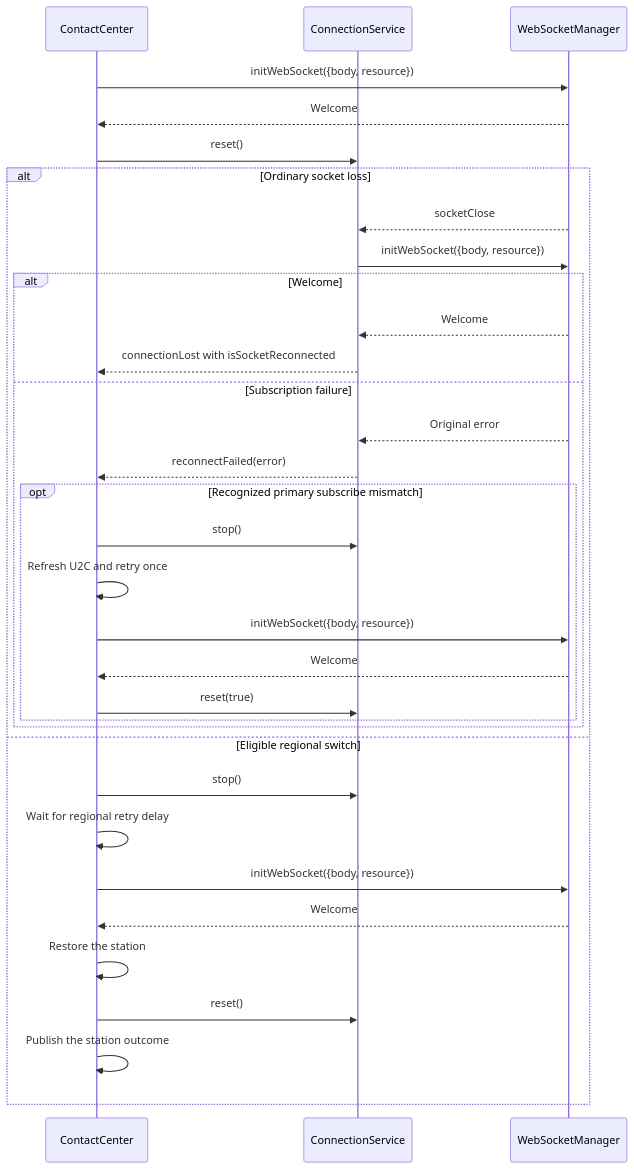
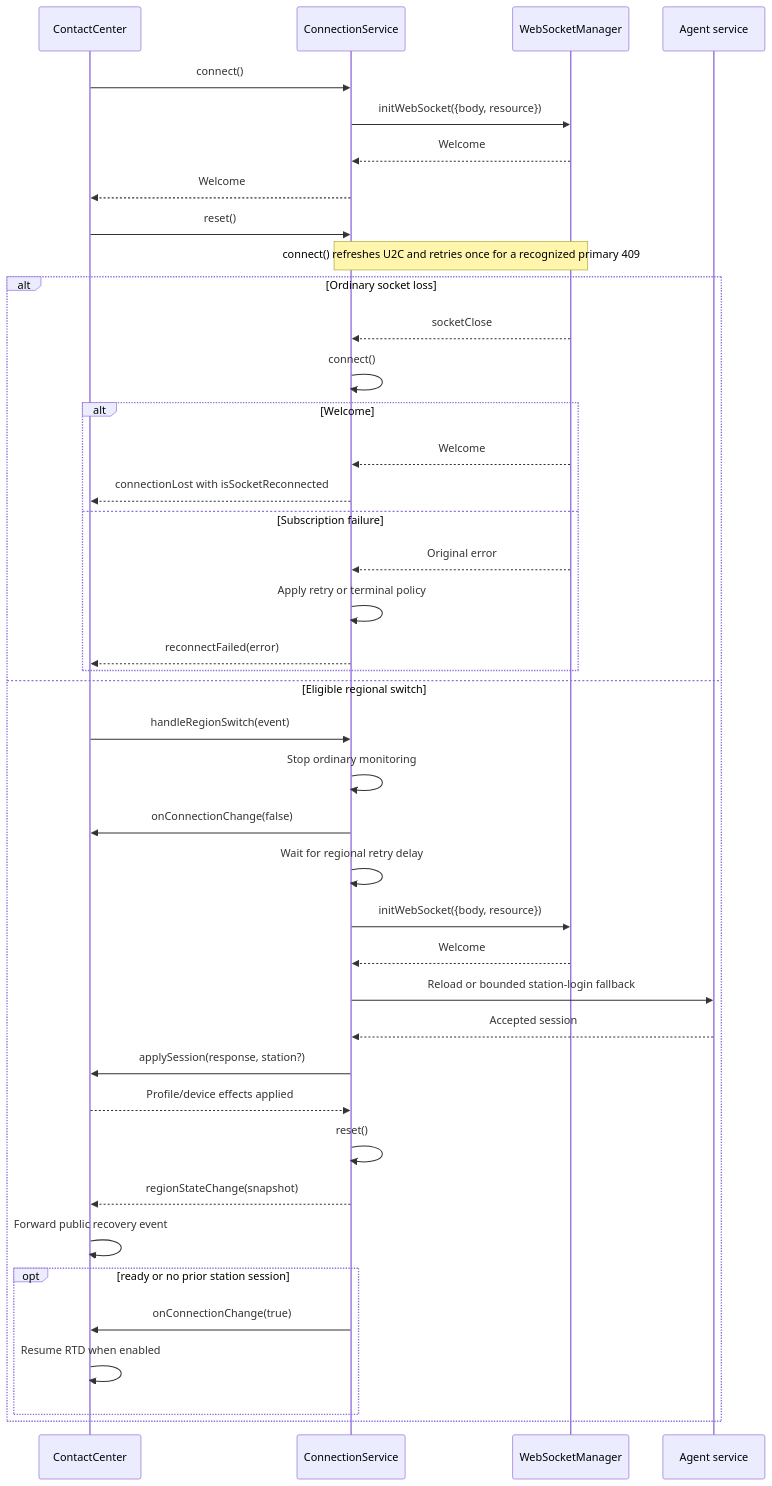
One commit to webex/webex-js-sdk changed the fourth of 7 diagrams in packages/@webex/contact-center/src/services/core/docs/README.md. Above: the diagram before and after it, drawn with Mermaid. The commit also changed other lines of this file and 17 other files, not shown here.

Commit message:
refactor(contact-center): centralize regional recovery in connection service

````diff
--- a/packages/@webex/contact-center/src/services/core/docs/README.md
+++ b/packages/@webex/contact-center/src/services/core/docs/README.md
@@ -423,35 +429,43 @@
 ```mermaid
 sequenceDiagram
   participant CC as ContactCenter
   participant CS as ConnectionService
   participant WS as WebSocketManager
-  CC->>WS: initWebSocket({body, resource})
-  WS-->>CC: Welcome
+  participant Agent as Agent service
+  CC->>CS: connect()
+  CS->>WS: initWebSocket({body, resource})
+  WS-->>CS: Welcome
+  CS-->>CC: Welcome
   CC->>CS: reset()
+  Note over CS,WS: connect() refreshes U2C and retries once for a recognized primary 409
   alt Ordinary socket loss
     WS-->>CS: socketClose
-    CS->>WS: initWebSocket({body, resource})
+    CS->>CS: connect()
     alt Welcome
       WS-->>CS: Welcome
       CS-->>CC: connectionLost with isSocketReconnected
     else Subscription failure
       WS-->>CS: Original error
+      CS->>CS: Apply retry or terminal policy
       CS-->>CC: reconnectFailed(error)
-      opt Recognized primary subscribe mismatch
-        CC->>CS: stop()
-        CC->>CC: Refresh U2C and retry once
-        CC->>WS: initWebSocket({body, resource})
-        WS-->>CC: Welcome
-        CC->>CS: reset(true)
-      end
     end
   else Eligible regional switch
-    CC->>CS: stop()
-    CC->>CC: Wait for regional retry delay
-    CC->>WS: initWebSocket({body, resource})
-    WS-->>CC: Welcome
-    CC->>CC: Restore the station
-    CC->>CS: reset()
-    CC->>CC: Publish the station outcome
+    CC->>CS: handleRegionSwitch(event)
+    CS->>CS: Stop ordinary monitoring
+    CS->>CC: onConnectionChange(false)
+    CS->>CS: Wait for regional retry delay
+    CS->>WS: initWebSocket({body, resource})
+    WS-->>CS: Welcome
+    CS->>Agent: Reload or bounded station-login fallback
+    Agent-->>CS: Accepted session
+    CS->>CC: applySession(response, station?)
+    CC-->>CS: Profile/device effects applied
+    CS->>CS: reset()
+    CS-->>CC: regionStateChange(snapshot)
+    CC->>CC: Forward public recovery event
+    opt ready or no prior station session
+      CS->>CC: onConnectionChange(true)
+      CC->>CC: Resume RTD when enabled
+    end
   end
 ```
````
